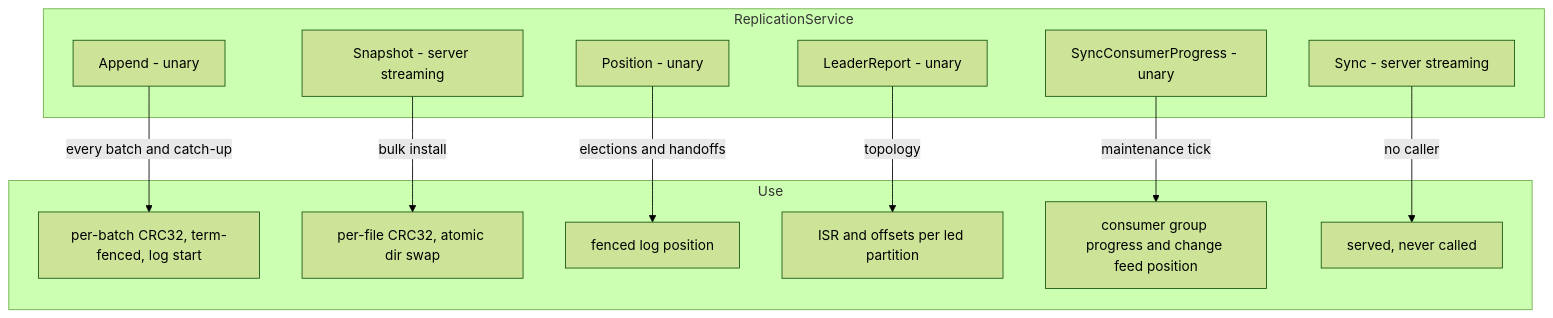
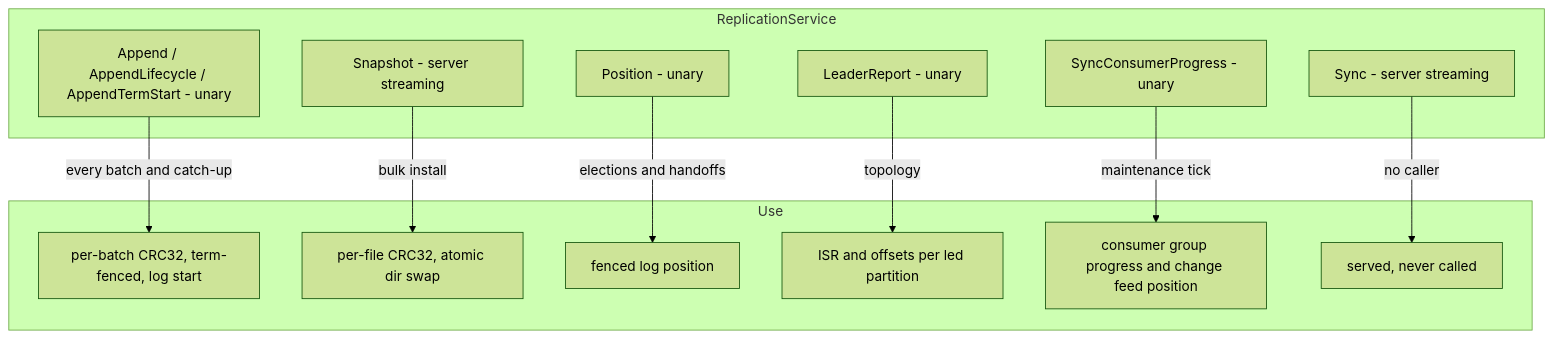
One commit to jatin711-debug/cronos_db_golang changed diagram 37 of 47 in ARCHITECTURE.md. Above: the diagram before and after it, drawn with Mermaid (forest theme). The commit also changed other lines of this file and 39 other files, not shown here.

````diff
--- a/ARCHITECTURE.md
+++ b/ARCHITECTURE.md
@@ -1223,19 +1239,19 @@
 ```mermaid
 graph TB
     subgraph ReplicationService
-      A[Append - unary]
+      A[Append / AppendLifecycle / AppendTermStart - unary]
       SN[Snapshot - server streaming]
       PO[Position - unary]
       LR[LeaderReport - unary]
       SP[SyncConsumerProgress - unary]
       S[Sync - server streaming]
     end
     subgraph Use
       A -->|every batch and catch-up| U1[per-batch CRC32, term-fenced, log start]
       SN -->|bulk install| U3[per-file CRC32, atomic dir swap]
       PO -->|elections and handoffs| U4[fenced log position]
       LR -->|topology| U5[ISR and offsets per led partition]
       SP -->|maintenance tick| U6[consumer group progress and change feed position]
       S -->|no caller| U2[served, never called]
     end
 ```
````
